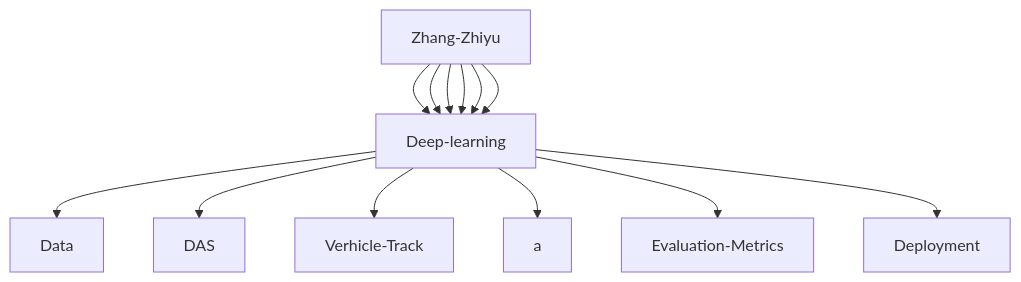
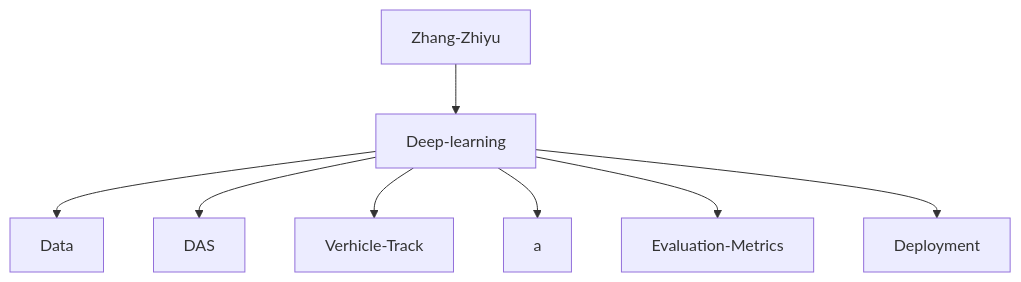
Before and after one commit to erbiaoger/erbiaoger: the diagram in Readme.md, drawn with Mermaid.

Commit message:
🚶 add

````diff
--- a/Readme.md
+++ b/Readme.md
@@ -76,9 +76,10 @@
 ```mermaid
 graph TD;
-    Zhang-Zhiyu-->Deep-learning-->Data;
-    Zhang-Zhiyu-->Deep-learning-->DAS;
-    Zhang-Zhiyu-->Deep-learning-->Verhicle-Track;
-    Zhang-Zhiyu-->Deep-learning-->a;
-    Zhang-Zhiyu-->Deep-learning-->Evaluation-Metrics;
-    Zhang-Zhiyu-->Deep-learning-->Deployment;
+    Zhang-Zhiyu-->Deep-learning;
+    Deep-learning-->Data;
+    Deep-learning-->DAS;
+    Deep-learning-->Verhicle-Track;
+    Deep-learning-->a;
+    Deep-learning-->Evaluation-Metrics;
+    Deep-learning-->Deployment;
    ```
````
